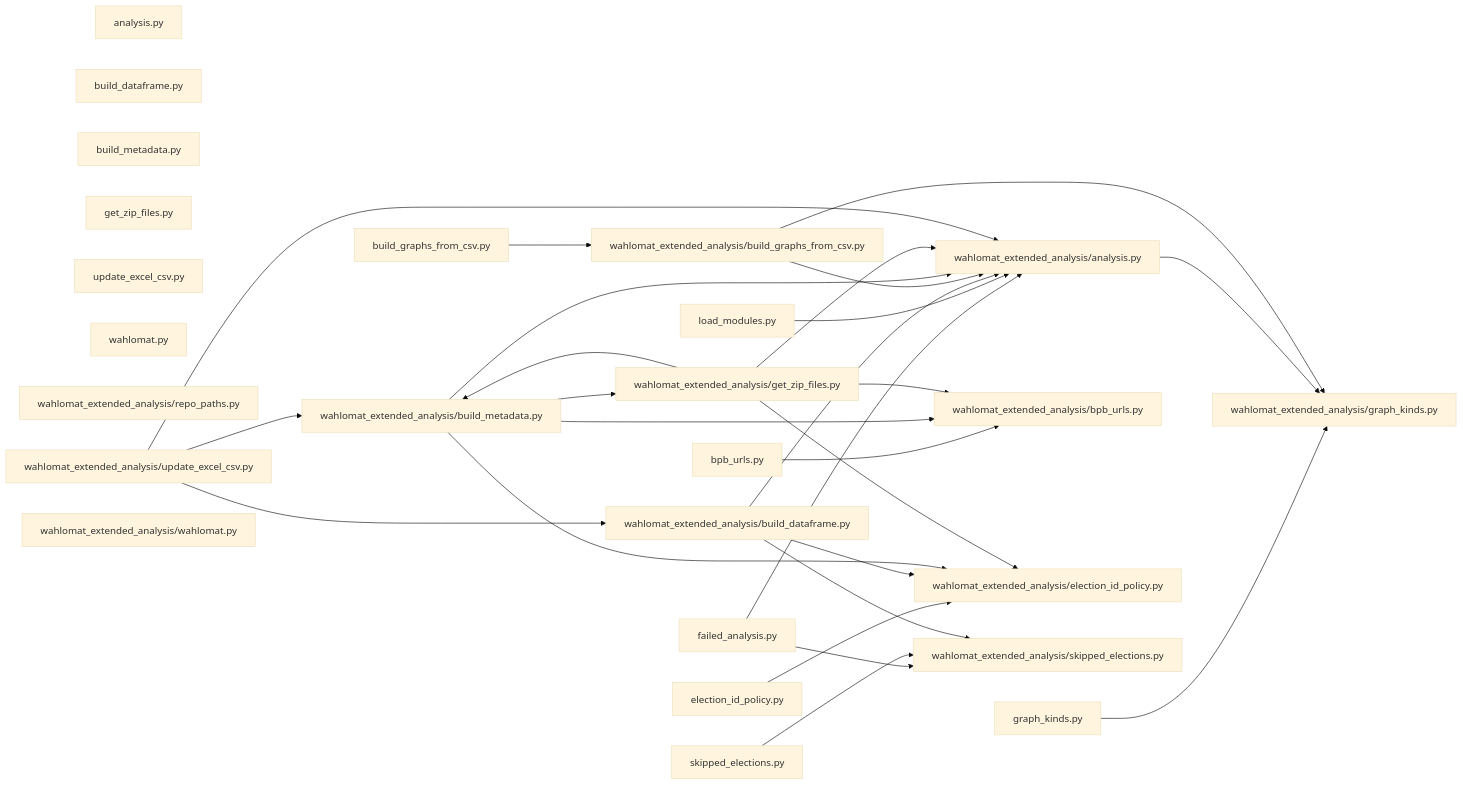
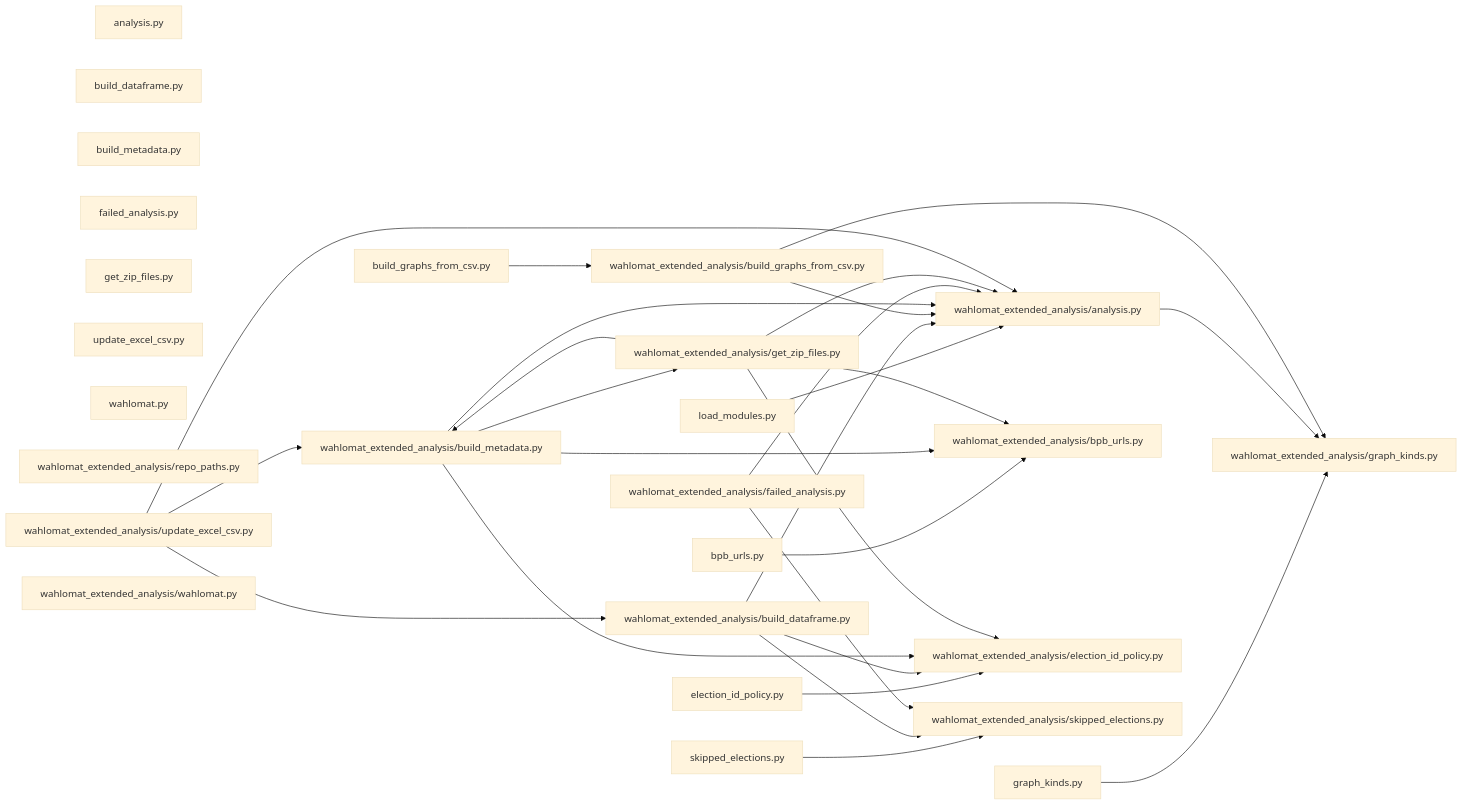
One commit to skbormann/wahlomat-extended-analysis changed the second of 2 diagrams in docs/ARCHITECTURE.md. Above: the diagram before and after it, drawn with Mermaid (base theme). The commit also changed 2 other files, not shown here.

Commit message:
Move failed_analysis into package.
Keep the legacy failed_analysis import path working via a thin wrapper module, and refresh the generated architecture graph.

Made-with: Cursor

````diff
--- a/docs/ARCHITECTURE.md
+++ b/docs/ARCHITECTURE.md
@@ -57,53 +57,54 @@
 ```mermaid
 flowchart LR
   m_analysis["analysis.py"]
   m_bpb_urls["bpb_urls.py"]
   m_build_dataframe["build_dataframe.py"]
   m_build_graphs_from_csv["build_graphs_from_csv.py"]
   m_build_metadata["build_metadata.py"]
   m_election_id_policy["election_id_policy.py"]
   m_failed_analysis["failed_analysis.py"]
   m_get_zip_files["get_zip_files.py"]
   m_graph_kinds["graph_kinds.py"]
   m_load_modules["load_modules.py"]
   m_skipped_elections["skipped_elections.py"]
   m_update_excel_csv["update_excel_csv.py"]
   m_wahlomat["wahlomat.py"]
   m_wahlomat_extended_analysis_analysis["wahlomat_extended_analysis/analysis.py"]
   m_wahlomat_extended_analysis_bpb_urls["wahlomat_extended_analysis/bpb_urls.py"]
   m_wahlomat_extended_analysis_build_dataframe["wahlomat_extended_analysis/build_dataframe.py"]
   m_wahlomat_extended_analysis_build_graphs_from_csv["wahlomat_extended_analysis/build_graphs_from_csv.py"]
   m_wahlomat_extended_analysis_build_metadata["wahlomat_extended_analysis/build_metadata.py"]
   m_wahlomat_extended_analysis_election_id_policy["wahlomat_extended_analysis/election_id_policy.py"]
+  m_wahlomat_extended_analysis_failed_analysis["wahlomat_extended_analysis/failed_analysis.py"]
   m_wahlomat_extended_analysis_get_zip_files["wahlomat_extended_analysis/get_zip_files.py"]
   m_wahlomat_extended_analysis_graph_kinds["wahlomat_extended_analysis/graph_kinds.py"]
   m_wahlomat_extended_analysis_repo_paths["wahlomat_extended_analysis/repo_paths.py"]
   m_wahlomat_extended_analysis_skipped_elections["wahlomat_extended_analysis/skipped_elections.py"]
   m_wahlomat_extended_analysis_update_excel_csv["wahlomat_extended_analysis/update_excel_csv.py"]
   m_wahlomat_extended_analysis_wahlomat["wahlomat_extended_analysis/wahlomat.py"]
   m_bpb_urls --> m_wahlomat_extended_analysis_bpb_urls
   m_build_graphs_from_csv --> m_wahlomat_extended_analysis_build_graphs_from_csv
   m_election_id_policy --> m_wahlomat_extended_analysis_election_id_policy
-  m_failed_analysis --> m_wahlomat_extended_analysis_analysis
-  m_failed_analysis --> m_wahlomat_extended_analysis_skipped_elections
   m_graph_kinds --> m_wahlomat_extended_analysis_graph_kinds
   m_load_modules --> m_wahlomat_extended_analysis_analysis
   m_skipped_elections --> m_wahlomat_extended_analysis_skipped_elections
   m_wahlomat_extended_analysis_analysis --> m_wahlomat_extended_analysis_graph_kinds
   m_wahlomat_extended_analysis_build_dataframe --> m_wahlomat_extended_analysis_analysis
   m_wahlomat_extended_analysis_build_dataframe --> m_wahlomat_extended_analysis_election_id_policy
   m_wahlomat_extended_analysis_build_dataframe --> m_wahlomat_extended_analysis_skipped_elections
   m_wahlomat_extended_analysis_build_graphs_from_csv --> m_wahlomat_extended_analysis_analysis
   m_wahlomat_extended_analysis_build_graphs_from_csv --> m_wahlomat_extended_analysis_graph_kinds
   m_wahlomat_extended_analysis_build_metadata --> m_wahlomat_extended_analysis_analysis
   m_wahlomat_extended_analysis_build_metadata --> m_wahlomat_extended_analysis_bpb_urls
   m_wahlomat_extended_analysis_build_metadata --> m_wahlomat_extended_analysis_election_id_policy
   m_wahlomat_extended_analysis_build_metadata --> m_wahlomat_extended_analysis_get_zip_files
+  m_wahlomat_extended_analysis_failed_analysis --> m_wahlomat_extended_analysis_analysis
+  m_wahlomat_extended_analysis_failed_analysis --> m_wahlomat_extended_analysis_skipped_elections
   m_wahlomat_extended_analysis_get_zip_files --> m_wahlomat_extended_analysis_analysis
   m_wahlomat_extended_analysis_get_zip_files --> m_wahlomat_extended_analysis_bpb_urls
   m_wahlomat_extended_analysis_get_zip_files --> m_wahlomat_extended_analysis_build_metadata
   m_wahlomat_extended_analysis_get_zip_files --> m_wahlomat_extended_analysis_election_id_policy
   m_wahlomat_extended_analysis_update_excel_csv --> m_wahlomat_extended_analysis_analysis
   m_wahlomat_extended_analysis_update_excel_csv --> m_wahlomat_extended_analysis_build_dataframe
   m_wahlomat_extended_analysis_update_excel_csv --> m_wahlomat_extended_analysis_build_metadata
 ```
````
